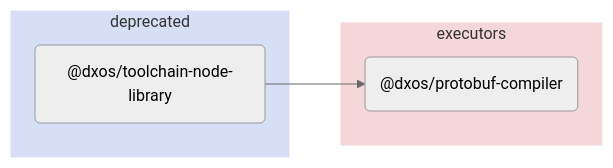
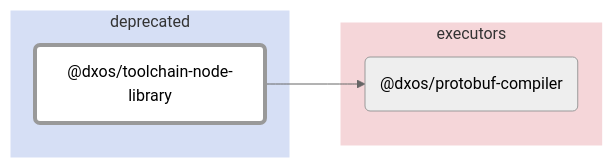
Before and after one commit to dxos/dxos: the diagram in tools/deprecated/toolchain-node-library/docs/README.md, drawn with Mermaid (neutral theme). The commit also changed other lines of this file and 88 other files, not shown here.

````diff
--- a/tools/deprecated/toolchain-node-library/docs/README.md
+++ b/tools/deprecated/toolchain-node-library/docs/README.md
@@ -5,15 +7,19 @@
 ```mermaid
 flowchart LR;
+
+style dxos/toolchain-node-library fill:#fff,stroke-width:4px;
+
+click dxos/protobuf-compiler "https:/github.com/dxos/dxos/tree/main/tools/executors/protobuf-compiler/docs";
 
 subgraph deprecated
   style deprecated fill:#d6dff5,stroke:#fff;
   dxos/toolchain-node-library("@dxos/toolchain-node-library");
 end
 
 subgraph executors
   style executors fill:#f5d6d9,stroke:#fff;
   dxos/protobuf-compiler("@dxos/protobuf-compiler");
 end
 
 dxos/toolchain-node-library --> dxos/protobuf-compiler;
 ```
````
